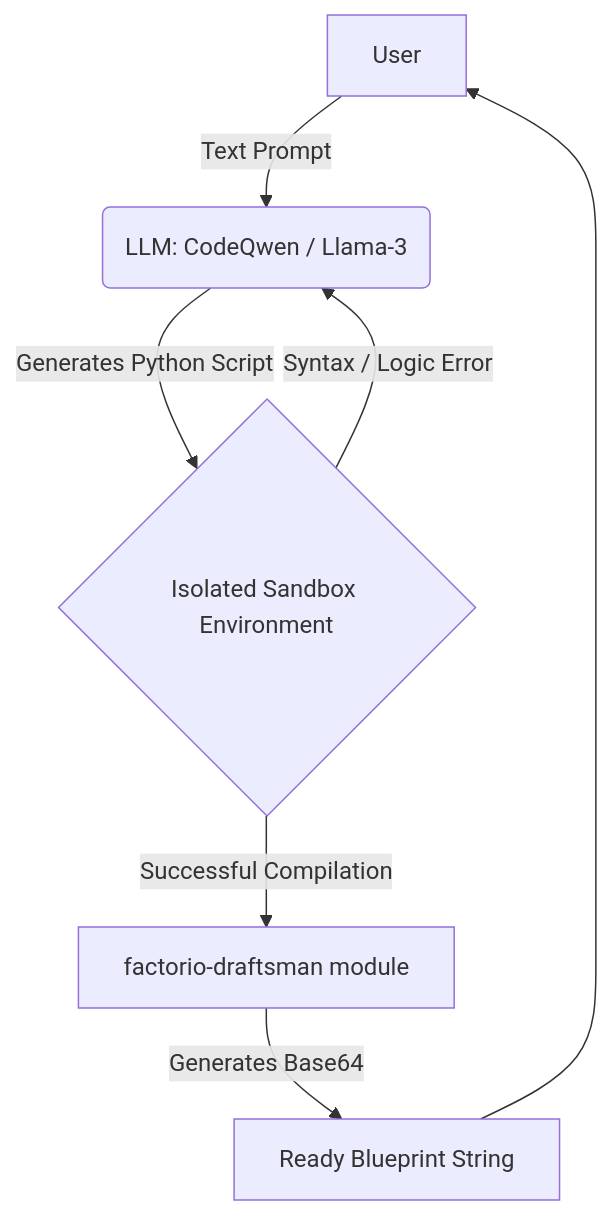
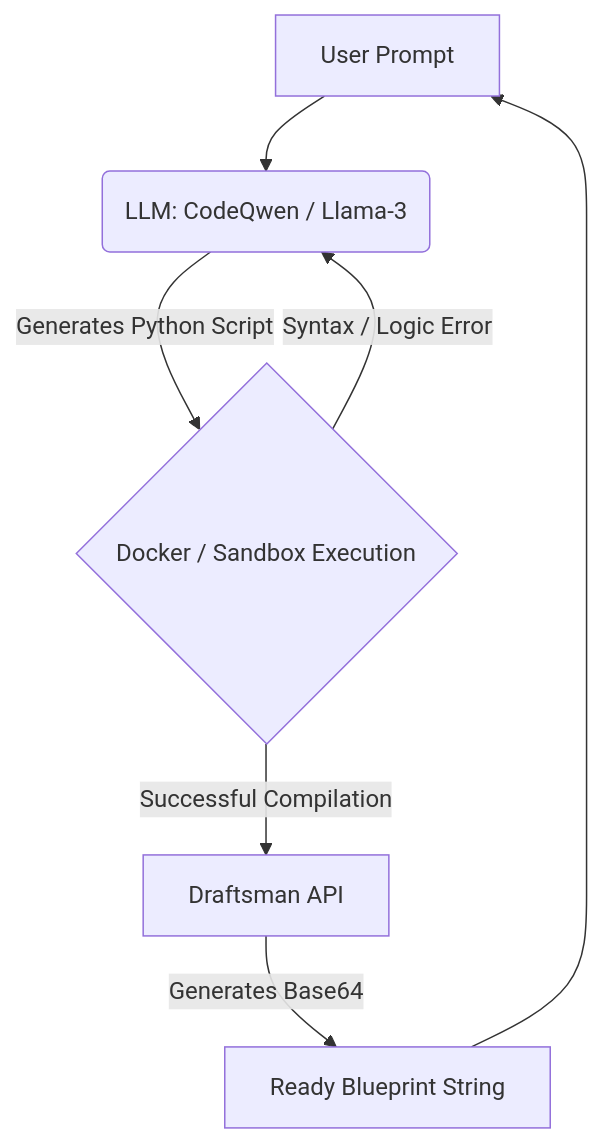
One commit to CuteZerg/FactorioLLM changed the diagram in README.md. Above: the diagram before and after it, drawn with Mermaid. The commit also changed other lines of this file and 1 other file, not shown here.

````diff
--- a/README.md
+++ b/README.md
@@ -30,9 +30,9 @@
 ```mermaid
 graph TD;
-    A[User] -->|Text Prompt| B(LLM: CodeQwen / Llama-3);
-    B -->|Generates Python Script| C{Isolated Sandbox Environment};
+    A[User Prompt] --> B(LLM: CodeQwen / Llama-3);
+    B -->|Generates Python Script| C{Docker / Sandbox Execution};
     C -->|Syntax / Logic Error| B;
-    C -->|Successful Compilation| D[factorio-draftsman module];
+    C -->|Successful Compilation| D[Draftsman API];
     D -->|Generates Base64| E[Ready Blueprint String];
     E --> A;
 ```
````
